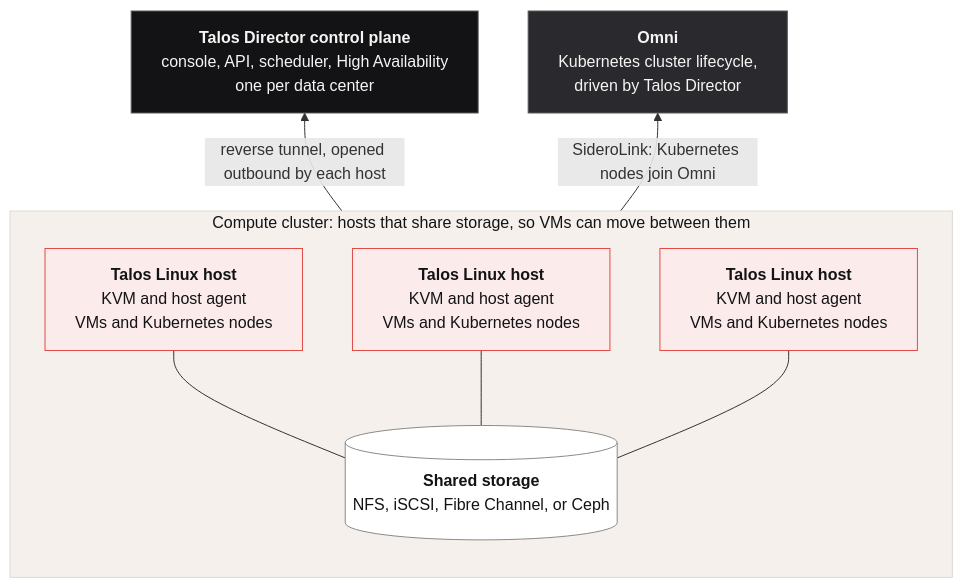
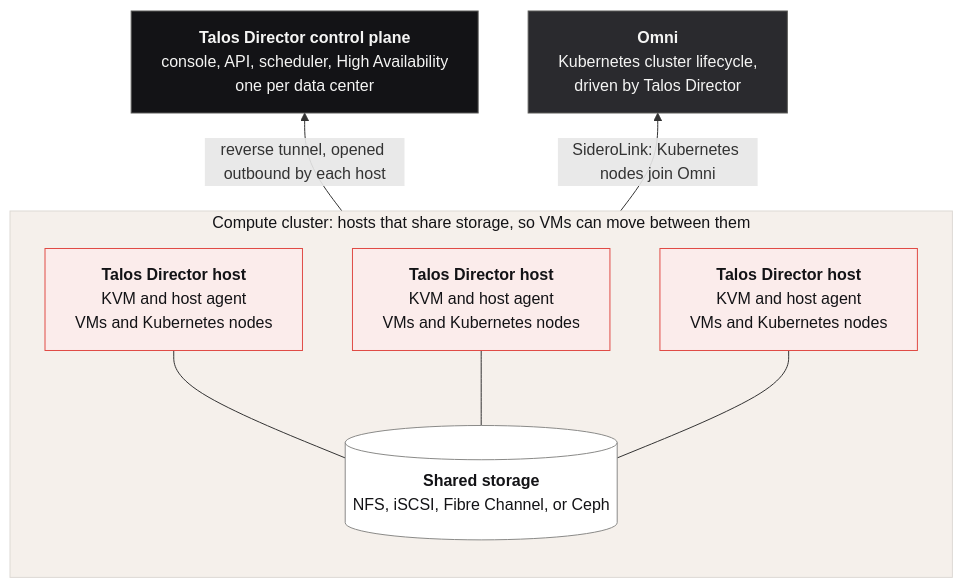
Before and after one commit to siderolabs/docs: the diagram in public/director/overview/how-talos-director-works.mdx, drawn with Mermaid. The commit also changed other lines of this file, not shown here.

First line of the commit message:
docs: address review on How Talos Director Works

````diff
--- a/public/director/overview/how-talos-director-works.mdx
+++ b/public/director/overview/how-talos-director-works.mdx
@@ -23,27 +23,27 @@
 ```mermaid
 %%{init: {"flowchart": {"wrappingWidth": 360}}}%%
 flowchart BT
   subgraph cluster["<span style='color:#131316'>Compute cluster: hosts that share storage, so VMs can move between them</span>"]
-    h1["<b>Talos Linux host</b><br/>KVM and host agent<br/>VMs and Kubernetes nodes"]
-    h2["<b>Talos Linux host</b><br/>KVM and host agent<br/>VMs and Kubernetes nodes"]
-    h3["<b>Talos Linux host</b><br/>KVM and host agent<br/>VMs and Kubernetes nodes"]
+    h1["<b>Talos Director host</b><br/>KVM and host agent<br/>VMs and Kubernetes nodes"]
+    h2["<b>Talos Director host</b><br/>KVM and host agent<br/>VMs and Kubernetes nodes"]
+    h3["<b>Talos Director host</b><br/>KVM and host agent<br/>VMs and Kubernetes nodes"]
     pool[("<b>Shared storage</b><br/>NFS, iSCSI, Fibre Channel, or Ceph")]
   end
 
   cp["<b>Talos Director control plane</b><br/>console, API, scheduler, High Availability<br/>one per data center"]
   omni["<b>Omni</b><br/>Kubernetes cluster lifecycle,<br/>driven by Talos Director"]
 
   h1 & h2 & h3 --- pool
   cluster -- "reverse tunnel, opened outbound by each host" --> cp
   cluster -- "SideroLink: Kubernetes nodes join Omni" --> omni
 
   classDef dir fill:#131316,stroke:#5A5A58,color:#F5F5F4
   classDef omni fill:#2A2A2E,stroke:#5A5A58,color:#F5F5F4
   classDef host fill:#FBECEB,stroke:#E04B45,color:#131316
   classDef pool fill:#FFFFFF,stroke:#8A8A88,color:#131316
   class cp dir
   class omni omni
   class h1,h2,h3 host
   class pool pool
   style cluster fill:#F5F0EB,stroke:#DDD9D4,color:#131316
 ```
````
